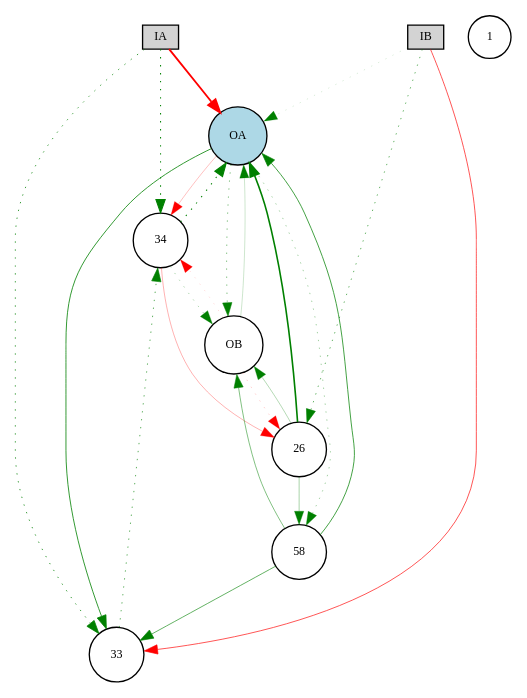
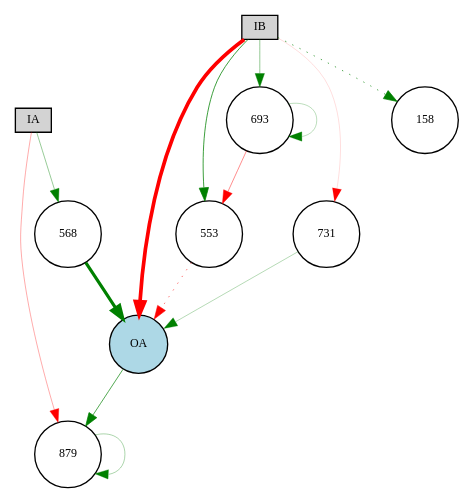
The diagram in source/cont_exp/Digraph.gv (danxan/neuromorphic-evolution), drawn with Graphviz before and after one commit. The commit also changed 6 other files, not shown here.

```diff
--- a/source/cont_exp/Digraph.gv
+++ b/source/cont_exp/Digraph.gv
@@ -1,34 +1,26 @@
 digraph {
 	node [fontsize=9 height=0.2 shape=circle width=0.2]
 	IA [fillcolor=lightgray shape=box style=filled]
 	IB [fillcolor=lightgray shape=box style=filled]
 	OA [fillcolor=lightblue style=filled]
-	1 [fillcolor=white style=filled]
-	34 [fillcolor=white style=filled]
-	33 [fillcolor=white style=filled]
-	58 [fillcolor=white style=filled]
-	26 [fillcolor=white style=filled]
-	OB -> OA [color=green penwidth=0.14747611348819137 style=solid]
-	IA -> OA [color=red penwidth=1.4094433020505721 style=solid]
-	IB -> OA [color=green penwidth=0.11625258866135564 style=dotted]
-	OA -> OB [color=green penwidth=0.381399601417716 style=dotted]
-	OB -> 26 [color=red penwidth=0.15746981225151419 style=dotted]
-	26 -> OB [color=green penwidth=0.2215534433073294 style=solid]
-	IB -> 26 [color=green penwidth=0.456042996195964 style=dotted]
-	IB -> 33 [color=red penwidth=0.5028575959132089 style=solid]
-	IA -> 33 [color=green penwidth=0.5820066177938242 style=dotted]
-	34 -> OA [color=green penwidth=0.8001845956107069 style=dotted]
-	IA -> 34 [color=green penwidth=0.7788661209993756 style=dotted]
-	OA -> 33 [color=green penwidth=0.595072803561986 style=solid]
-	26 -> OA [color=green penwidth=1.2197787527191528 style=solid]
-	33 -> 34 [color=green penwidth=0.47918237285353527 style=dotted]
-	34 -> OB [color=green penwidth=0.24768282313362552 style=dotted]
-	OB -> 34 [color=red penwidth=0.10788765641700032 style=dotted]
-	OA -> 34 [color=red penwidth=0.18673697840821166 style=solid]
-	OA -> 58 [color=green penwidth=0.2763259697649757 style=dotted]
-	58 -> OB [color=green penwidth=0.3744321067880184 style=solid]
-	34 -> 26 [color=red penwidth=0.22836760594683186 style=solid]
-	26 -> 58 [color=green penwidth=0.25507200874723407 style=solid]
-	58 -> OA [color=green penwidth=0.5529727961482258 style=solid]
-	58 -> 33 [color=green penwidth=0.4576823724414959 style=solid]
+	553 [fillcolor=white style=filled]
+	879 [fillcolor=white style=filled]
+	693 [fillcolor=white style=filled]
+	568 [fillcolor=white style=filled]
+	731 [fillcolor=white style=filled]
+	158 [fillcolor=white style=filled]
+	IB -> OA [color=red penwidth=2.7653417142373784 style=solid]
+	568 -> OA [color=green penwidth=2.38479928368798 style=solid]
+	IB -> 158 [color=green penwidth=0.5226333152621229 style=dotted]
+	693 -> 693 [color=green penwidth=0.201929981801313 style=solid]
+	IA -> 568 [color=green penwidth=0.314502438260835 style=solid]
+	IB -> 693 [color=green penwidth=0.3219789677934478 style=solid]
+	OA -> 879 [color=green penwidth=0.5087979543780043 style=solid]
+	731 -> OA [color=green penwidth=0.2244095229596208 style=solid]
+	553 -> OA [color=red penwidth=0.4385105804428603 style=dotted]
+	IB -> 553 [color=green penwidth=0.571473613438047 style=solid]
+	IB -> 731 [color=red penwidth=0.10233084511528483 style=solid]
+	879 -> 879 [color=green penwidth=0.24855237231076885 style=solid]
+	IA -> 879 [color=red penwidth=0.2527096023014373 style=solid]
+	693 -> 553 [color=red penwidth=0.3438357069956878 style=solid]
 }
```
